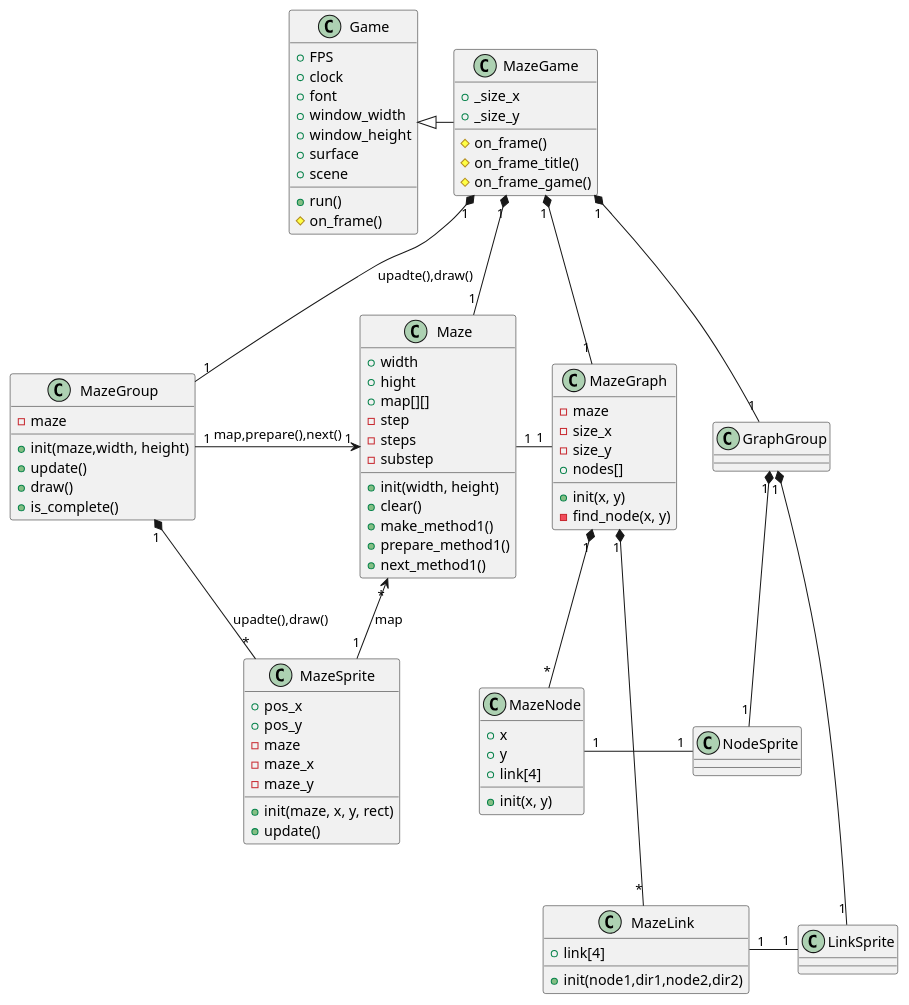
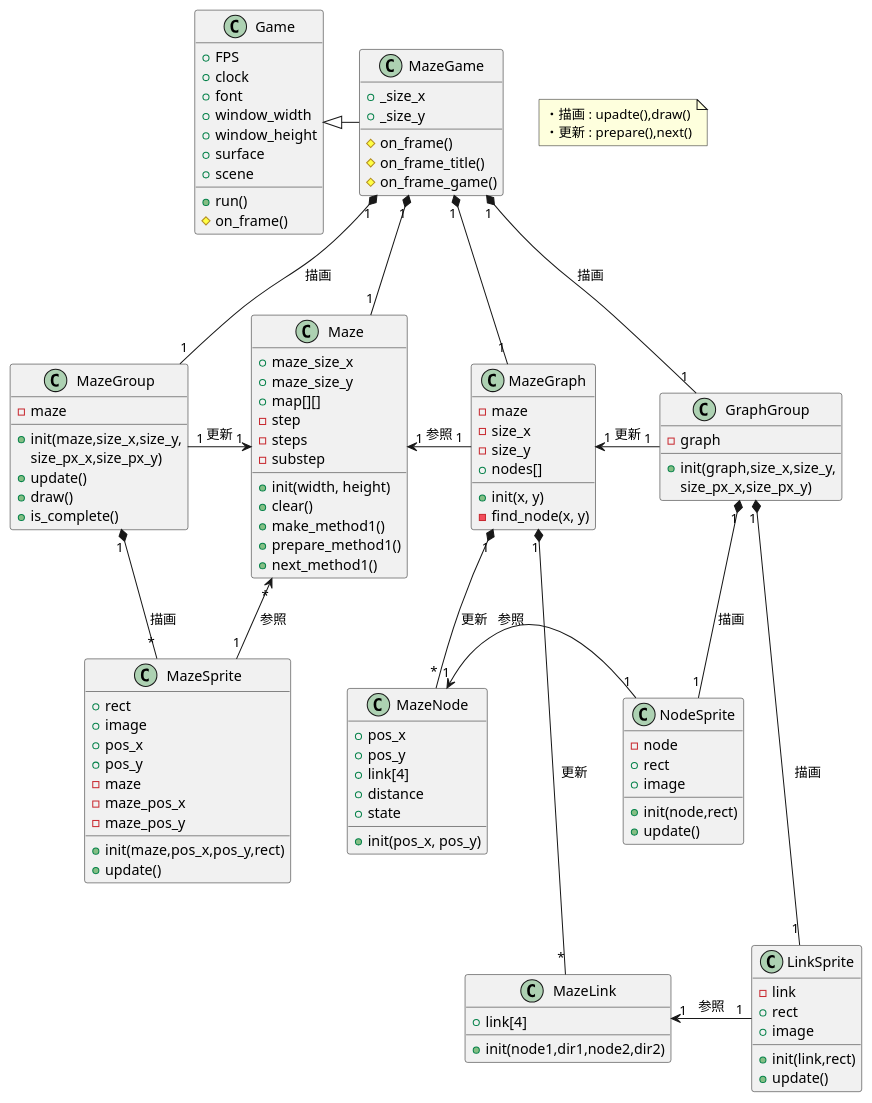
Before and after one commit to ooishiisao/pygame_game: the diagram in maze/maze.md, drawn with PlantUML. The commit also changed other lines of this file and 1 other file, not shown here.

Commit message:
整理

````diff
--- a/maze/maze.md
+++ b/maze/maze.md
@@ -28,8 +28,8 @@
 
 class Maze
 {
-    + width
-    + hight
+    + maze_size_x
+    + maze_size_y
     + map[][]
     - step
     - steps
@@ -44,7 +44,8 @@
 class MazeGroup
 {
     - maze
-    + init(maze,width, height)
+    + init(maze,size_x,size_y,
+            size_px_x,size_px_y)
     + update()
     + draw()
     + is_complete()
@@ -52,12 +53,14 @@
 
 class MazeSprite
 {
+    + rect
+    + image
     + pos_x
     + pos_y
     - maze
-    - maze_x
-    - maze_y
-    + init(maze, x, y, rect)
+    - maze_pos_x
+    - maze_pos_y
+    + init(maze,pos_x,pos_y,rect)
     + update()
 }
 
@@ -74,10 +77,12 @@
 
 class MazeNode
 {
-    + x
-    + y
+    + pos_x
+    + pos_y
     + link[4]
-    + init(x, y)
+    + distance
+    + state
+    + init(pos_x, pos_y)
 }
 
 class MazeLink
@@ -86,25 +91,56 @@
     + init(node1,dir1,node2,dir2)
 }
 
+class GraphGroup
+{
+    - graph
+    + init(graph,size_x,size_y,
+            size_px_x,size_px_y)
+}
+
+class NodeSprite
+{
+    - node
+    + rect
+    + image
+    + init(node,rect)
+    + update()
+}
+
+class LinkSprite
+{
+    - link
+    + rect
+    + image
+    + init(link,rect)
+    + update()
+}
+
 
 Game <|- MazeGame
 MazeGame    "1"  *-   "1" Maze
-MazeGame    "1"  *--  "1" MazeGroup   : upadte(),draw()
-MazeGame    "1"  *--  "1" GraphGroup
+MazeGame    "1"  *--  "1" MazeGroup   : 描画
 MazeGame    "1"  *--  "1" MazeGraph
+MazeGame    "1"  *--  "1" GraphGroup  : 描画
 
-MazeGroup   "1"  ->   "1" Maze        : map,prepare(),next()
-MazeGroup   "1"  *--  "*" MazeSprite : upadte(),draw()
-Maze        "*"  <--  "1" MazeSprite : map
+MazeGroup   "1"  ->   "1" Maze        : 更新
+MazeGroup   "1"  *--  "*" MazeSprite  : 描画
+Maze        "*"  <--  "1" MazeSprite  : 参照
 
-Maze        "1"  -    "1" MazeGraph
-MazeGraph   "1"  *--  "*" MazeNode
-MazeGraph   "1"  *--- "*" MazeLink
+Maze        "1"  <-   "1" MazeGraph   : 参照
+MazeGraph   "1"  <-   "1" GraphGroup  : 更新
+MazeGraph   "1"  *--  "*" MazeNode    : 更新
+MazeGraph   "1"  *--- "*" MazeLink    : 更新
 
-GraphGroup  "1"  *--  "1" NodeSprite
-GraphGroup  "1"  *--- "1" LinkSprite
-MazeNode    "1"  -    "1" NodeSprite 
-MazeLink    "1"  -    "1" LinkSprite 
+GraphGroup  "1"  *--  "1" NodeSprite  : 描画
+GraphGroup  "1"  *--- "1" LinkSprite  : 描画
+MazeNode    "1"  <-    "1" NodeSprite : 参照
+MazeLink    "1"  <-    "1" LinkSprite : 参照
 
+note as a
+・描画 : upadte(),draw()
+・更新 : prepare(),next()
+end note
 @enduml
+
 ```
````
